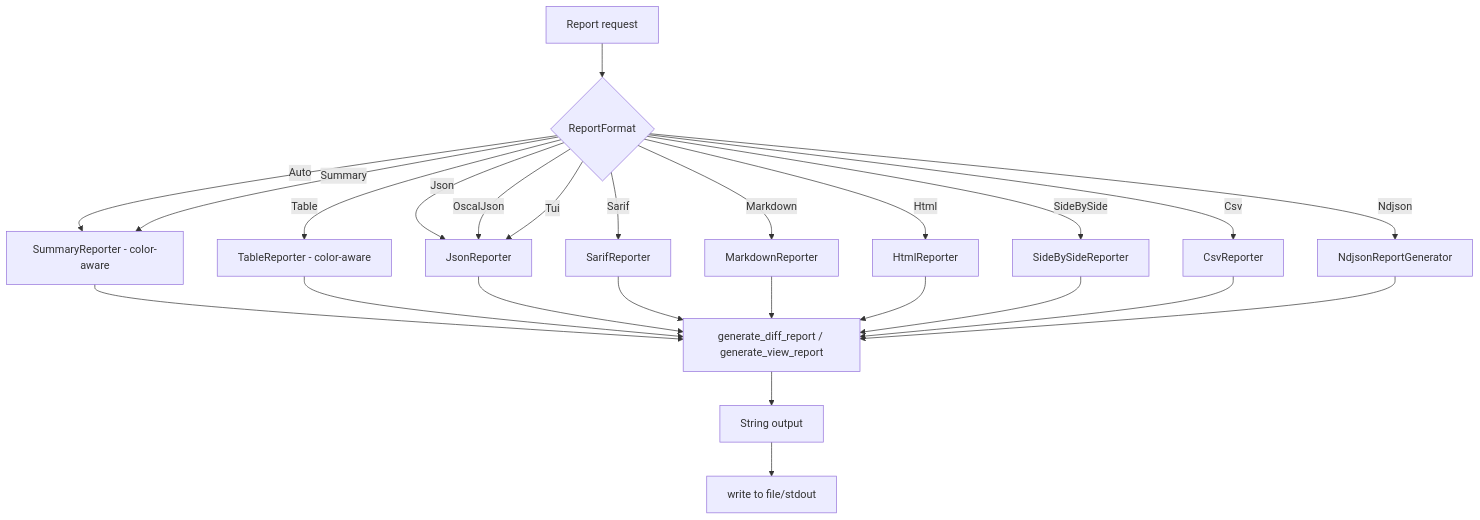
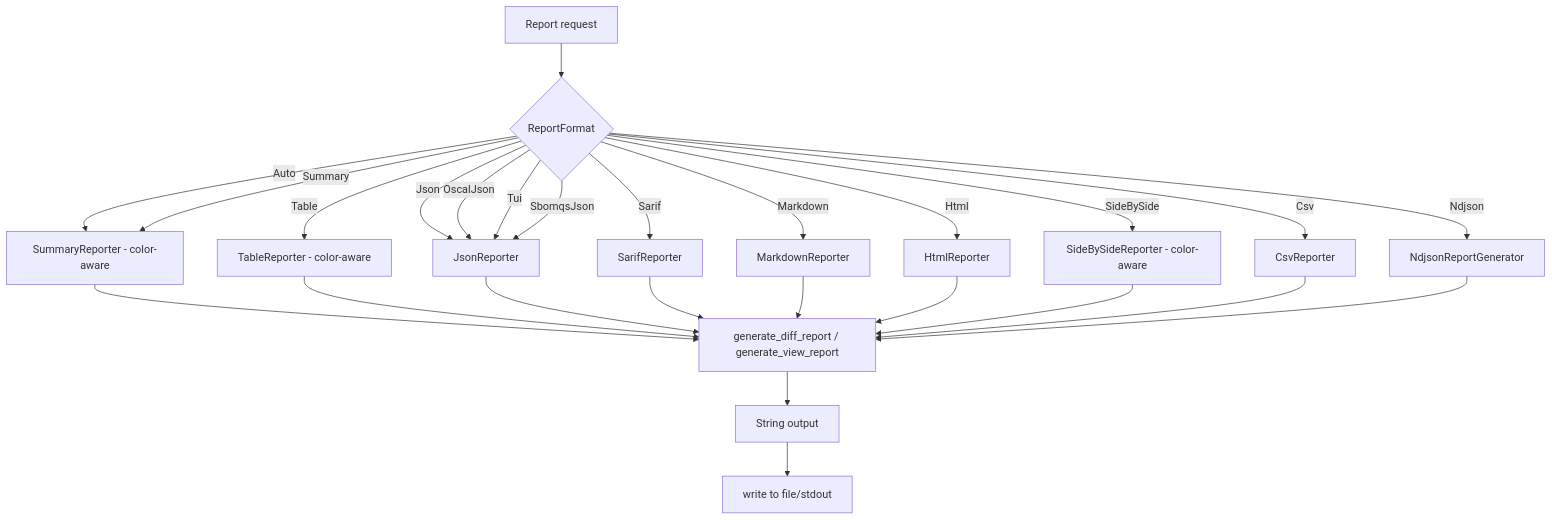
The fourth of 8 diagrams in docs/pipeline-diagrams.md (MChorfa/sbom-tools), drawn with Mermaid before and after one commit. The commit also changed other lines of this file and 11 other files, not shown here.

````diff
--- a/docs/pipeline-diagrams.md
+++ b/docs/pipeline-diagrams.md
@@ -59,28 +110,29 @@
 ```mermaid
 flowchart TD
     A[Report request] --> B{ReportFormat}
     B -->|Auto| C[SummaryReporter - color-aware]
     B -->|Summary| C
     B -->|Table| D[TableReporter - color-aware]
     B -->|Json| E[JsonReporter]
     B -->|Sarif| F[SarifReporter]
     B -->|OscalJson| E
     B -->|Markdown| G[MarkdownReporter]
     B -->|Html| H[HtmlReporter]
-    B -->|SideBySide| I[SideBySideReporter]
+    B -->|SideBySide| I[SideBySideReporter - color-aware]
     B -->|Csv| L[CsvReporter]
     B -->|Ndjson| N[NdjsonReportGenerator]
     B -->|Tui| E
+    B -->|SbomqsJson| E
 
     C --> J[generate_diff_report / generate_view_report]
     D --> J
     E --> J
     F --> J
     G --> J
     H --> J
     I --> J
     L --> J
     N --> J
     J --> K[String output]
     K --> M[write to file/stdout]
 ```
````
